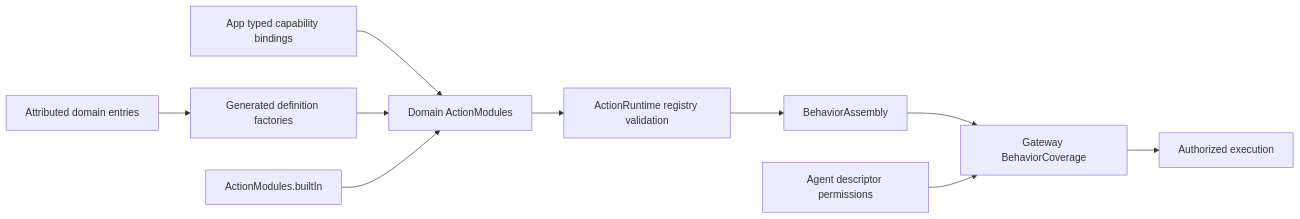
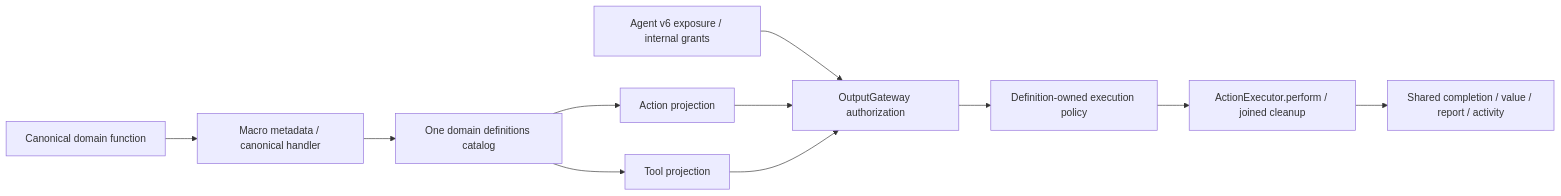
The diagram in MobileHarness/Actions/README.md (devilyouwei/MobileHarness), drawn with Mermaid before and after one commit. The commit also changed other lines of this file and 238 other files, not shown here.

Commit message:
Unify executable capabilities and three-level agent bindings

````diff
--- a/MobileHarness/Actions/README.md
+++ b/MobileHarness/Actions/README.md
@@ -175,12 +17,13 @@
 ```mermaid
 flowchart LR
-    Entries[Attributed domain entries] --> Factories[Generated definition factories]
-    Capabilities[App typed capability bindings] --> Modules[Domain ActionModules]
-    Factories --> Modules
-    Catalog[ActionModules.builtIn] --> Modules
-    Modules --> Registry[ActionRuntime registry validation]
-    Registry --> Assembly[BehaviorAssembly]
-    Assembly --> Coverage[Gateway BehaviorCoverage]
-    Permissions[Agent descriptor permissions] --> Coverage
-    Coverage --> Gateway[Authorized execution]
+    Entry[Canonical domain function] --> Factory[Macro metadata / canonical handler]
+    Factory --> Catalog[One domain definitions catalog]
+    Catalog --> Scheduled[Action projection]
+    Catalog --> Native[Tool projection]
+    Config[Agent v6 exposure / internal grants] --> Gateway[OutputGateway authorization]
+    Scheduled --> Gateway
+    Native --> Gateway
+    Gateway --> Policy[Definition-owned execution policy]
+    Policy --> Shared[ActionExecutor.perform / joined cleanup]
+    Shared --> Outcome[Shared completion / value / report / activity]
 ```
````
